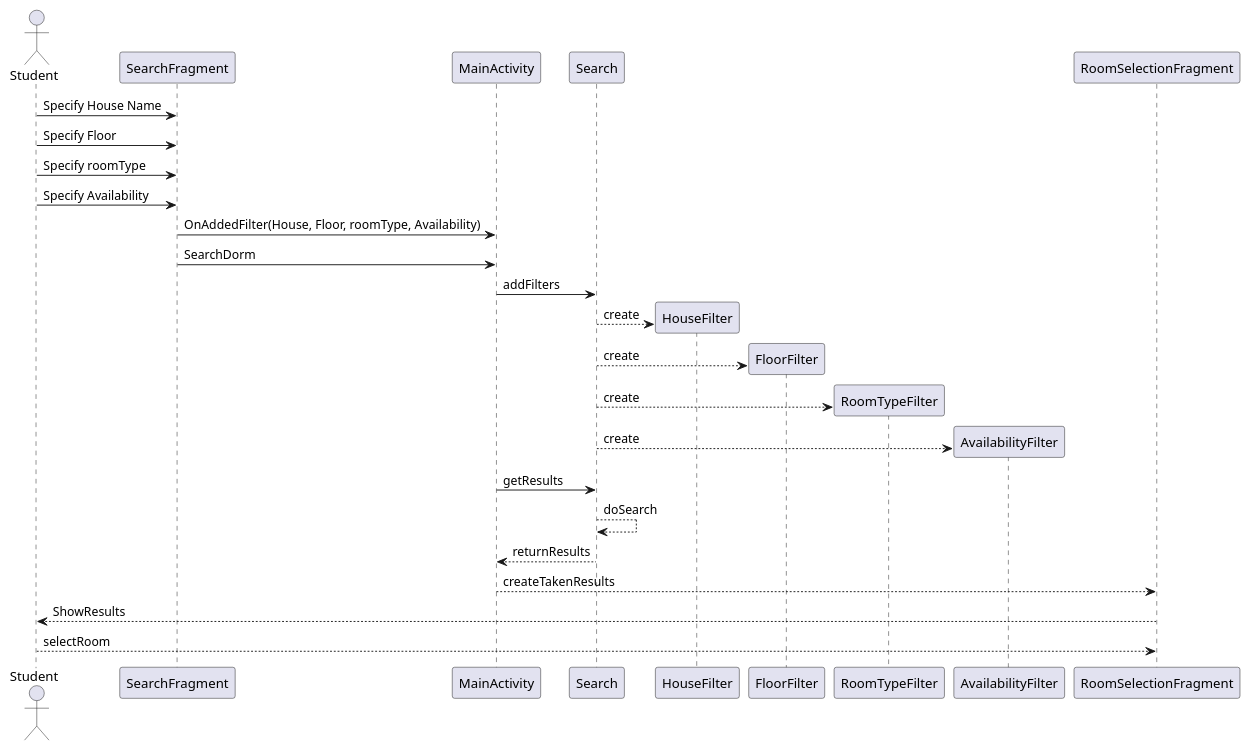
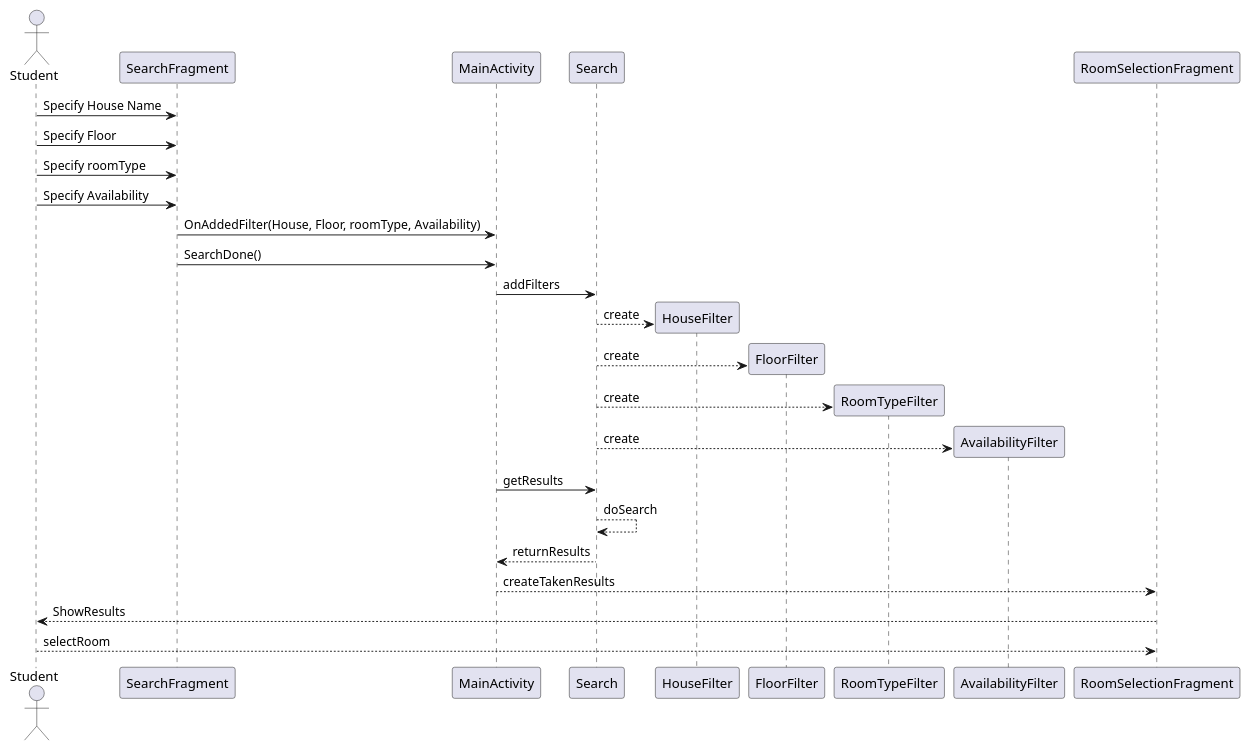
One commit to alexandraguillen12/Dorm-Review-App changed the third of 3 diagrams in intellij/doc/design.md. Above: the diagram before and after it, drawn with PlantUML.

Commit message:
More updates in Sequence and Design.md

````diff
--- a/intellij/doc/design.md
+++ b/intellij/doc/design.md
@@ -157,28 +157,28 @@
 ```plantuml
 @startuml
 actor Student
 Student -> SearchFragment: Specify House Name 
 Student -> SearchFragment: Specify Floor
 Student -> SearchFragment: Specify roomType
 Student -> SearchFragment: Specify Availability
 SearchFragment -> MainActivity: OnAddedFilter(House, Floor, roomType, Availability)
-SearchFragment -> MainActivity: SearchDorm
+SearchFragment -> MainActivity: SearchDone()
 MainActivity -> Search: addFilters 
 create HouseFilter
 Search --> HouseFilter: create 
 create FloorFilter 
 Search --> FloorFilter: create
 create RoomTypeFilter 
 Search --> RoomTypeFilter :create
 create AvailabilityFilter 
 Search --> AvailabilityFilter: create
 MainActivity -> Search: getResults 
 Search --> Search: doSearch 
 Search --> MainActivity: returnResults 
 MainActivity --> RoomSelectionFragment: createTakenResults
 RoomSelectionFragment --> Student: ShowResults 
 Student --> RoomSelectionFragment: selectRoom 
 
 
 @enduml
 ```
````
